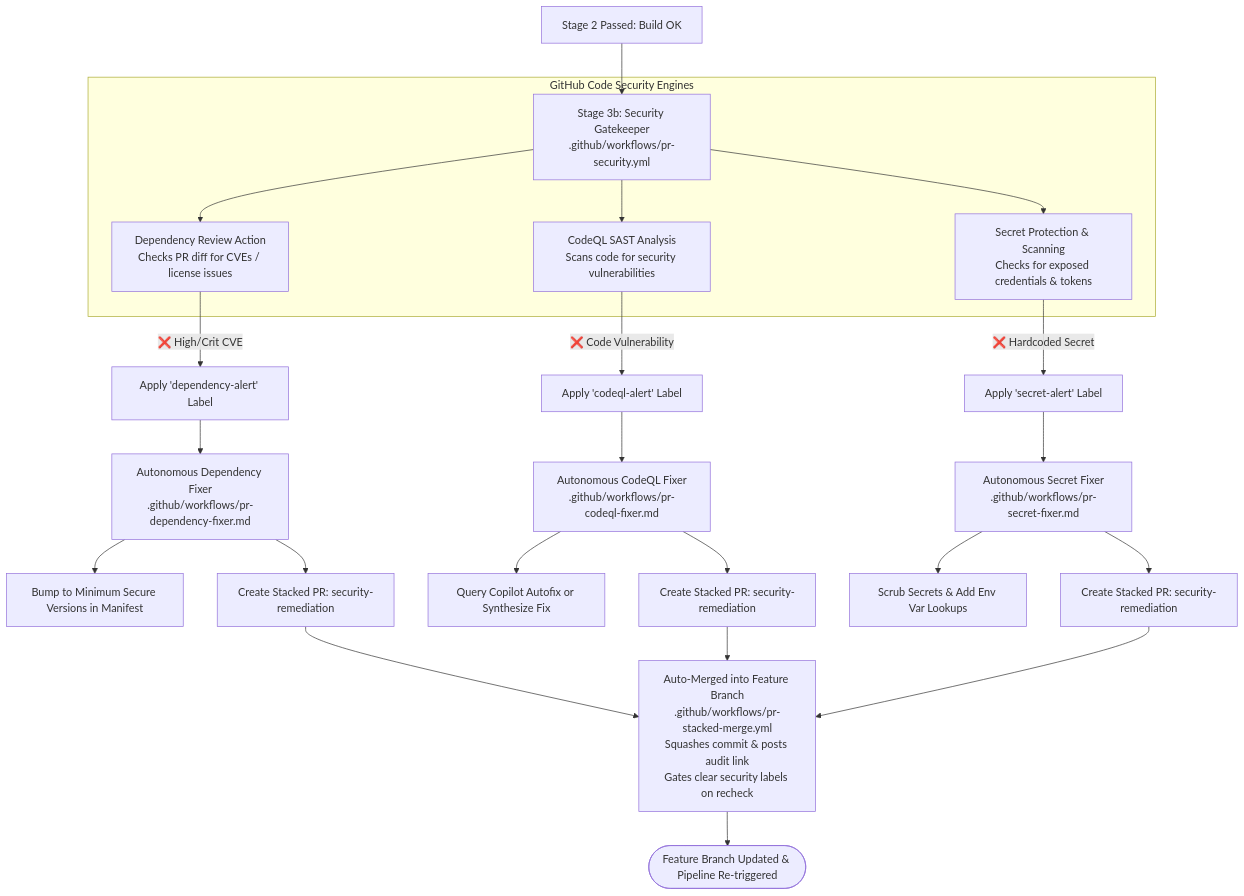
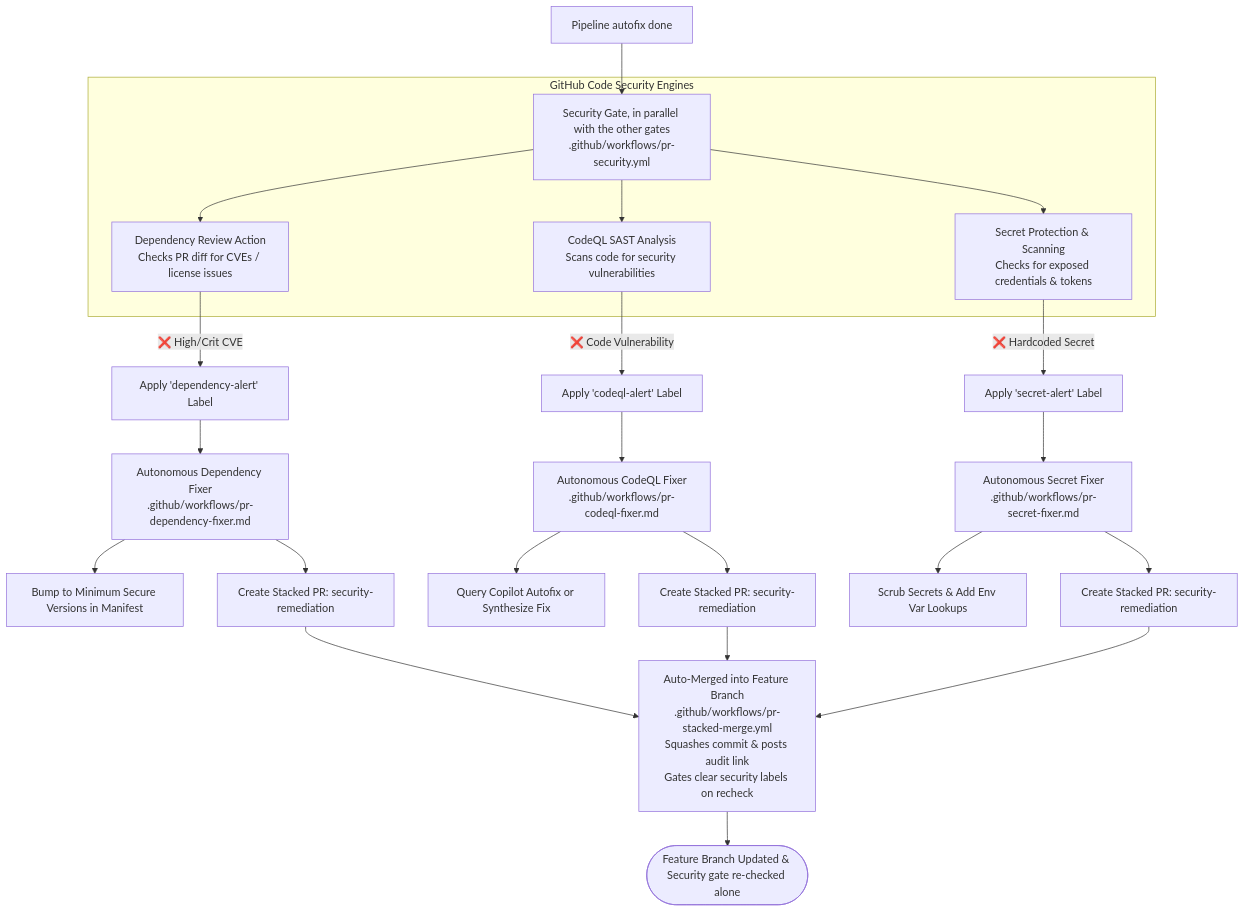
One commit to SitoaderOrg/ForgeFlow changed the diagram in docs/pr-security-and-fixer.md. Above: the diagram before and after it, drawn with Mermaid. The commit also changed other lines of this file and 28 other files, not shown here.

First line of the commit message:
feat(ci): run PR quality gates in parallel with per-gate rechecks

````diff
--- a/docs/pr-security-and-fixer.md
+++ b/docs/pr-security-and-fixer.md
@@ -9,30 +9,30 @@
 ```mermaid
 flowchart TD
-    BuildPass[Stage 2 Passed: Build OK] --> SecGate[Stage 3b: Security Gatekeeper\n.github/workflows/pr-security.yml]
+    BuildPass[Pipeline autofix done] --> SecGate[Security Gate, in parallel with the other gates\n.github/workflows/pr-security.yml]
     
     subgraph GitHub_Code_Security [GitHub Code Security Engines]
         SecGate --> DepReview[Dependency Review Action\nChecks PR diff for CVEs / license issues]
         SecGate --> CodeQL[CodeQL SAST Analysis\nScans code for security vulnerabilities]
         SecGate --> SecScan[Secret Protection & Scanning\nChecks for exposed credentials & tokens]
     end
 
     DepReview -->|❌ High/Crit CVE| AddDepLabel[Apply 'dependency-alert' Label]
     CodeQL -->|❌ Code Vulnerability| AddCodeqlLabel[Apply 'codeql-alert' Label]
     SecScan -->|❌ Hardcoded Secret| AddSecretLabel[Apply 'secret-alert' Label]
 
     AddDepLabel --> DepFixer[Autonomous Dependency Fixer\n.github/workflows/pr-dependency-fixer.md]
     DepFixer --> BumpDep[Bump to Minimum Secure Versions in Manifest]
     DepFixer --> StackedPRDep[Create Stacked PR: security-remediation]
 
     AddCodeqlLabel --> CodeqlFixer[Autonomous CodeQL Fixer\n.github/workflows/pr-codeql-fixer.md]
     CodeqlFixer --> AutofixCheck[Query Copilot Autofix or Synthesize Fix]
     CodeqlFixer --> StackedPRCodeql[Create Stacked PR: security-remediation]
 
     AddSecretLabel --> SecretFixer[Autonomous Secret Fixer\n.github/workflows/pr-secret-fixer.md]
     SecretFixer --> ScrubSecret[Scrub Secrets & Add Env Var Lookups]
     SecretFixer --> StackedPRSecret[Create Stacked PR: security-remediation]
 
     StackedPRDep & StackedPRCodeql & StackedPRSecret --> AutoMerge[Auto-Merged into Feature Branch\n.github/workflows/pr-stacked-merge.yml\nSquashes commit & posts audit link\nGates clear security labels on recheck]
 
-    AutoMerge --> Recheck([Feature Branch Updated & Pipeline Re-triggered])
+    AutoMerge --> Recheck([Feature Branch Updated & Security gate re-checked alone])
 ```
````
